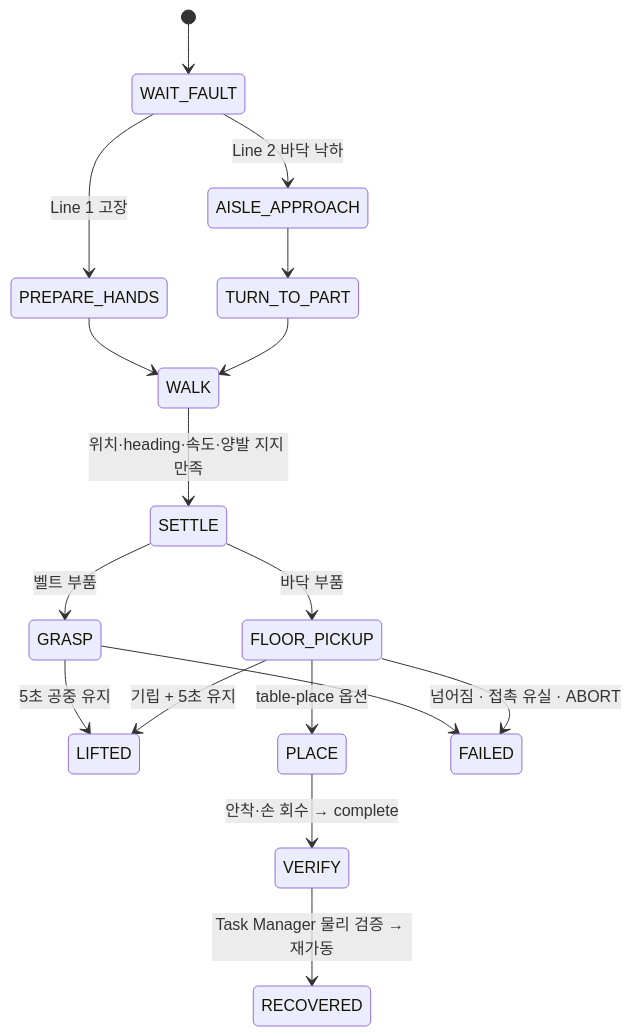
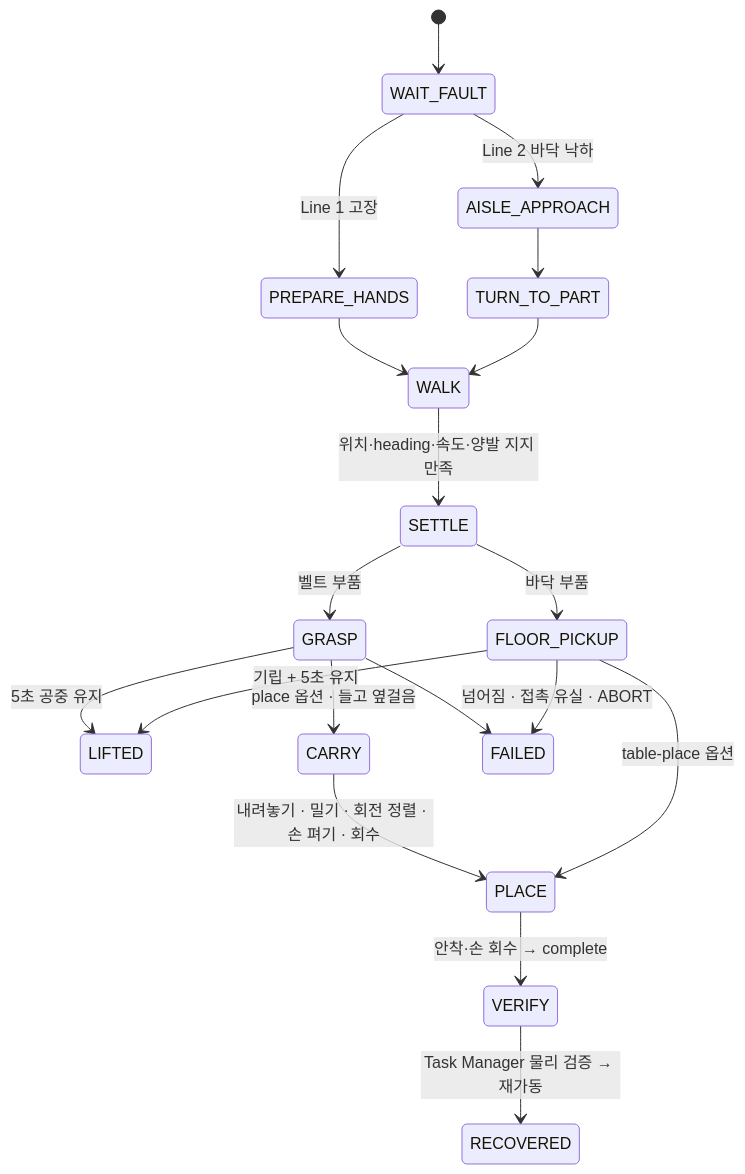
Before and after one commit to joyj0131-dev/Humanoid_Factory_Supervisor: the second of 3 diagrams in README.md, drawn with Mermaid. The commit also changed other lines of this file and 3 other files, not shown here.

````diff
--- a/README.md
+++ b/README.md
@@ -161,19 +177,21 @@
 ```mermaid
 stateDiagram-v2
     [*] --> WAIT_FAULT
     WAIT_FAULT --> PREPARE_HANDS: Line 1 고장
     WAIT_FAULT --> AISLE_APPROACH: Line 2 바닥 낙하
     PREPARE_HANDS --> WALK
     AISLE_APPROACH --> TURN_TO_PART
     TURN_TO_PART --> WALK
     WALK --> SETTLE: 위치·heading·속도·양발 지지 만족
     SETTLE --> GRASP: 벨트 부품
     SETTLE --> FLOOR_PICKUP: 바닥 부품
     GRASP --> LIFTED: 5초 공중 유지
+    GRASP --> CARRY: place 옵션 · 들고 옆걸음
+    CARRY --> PLACE: 내려놓기 · 밀기 · 회전 정렬 · 손 펴기 · 회수
     FLOOR_PICKUP --> LIFTED: 기립 + 5초 유지
     FLOOR_PICKUP --> PLACE: table-place 옵션
     PLACE --> VERIFY: 안착·손 회수 → complete
     VERIFY --> RECOVERED: Task Manager 물리 검증 → 재가동
     GRASP --> FAILED
     FLOOR_PICKUP --> FAILED: 넘어짐 · 접촉 유실 · ABORT
 ```
````
